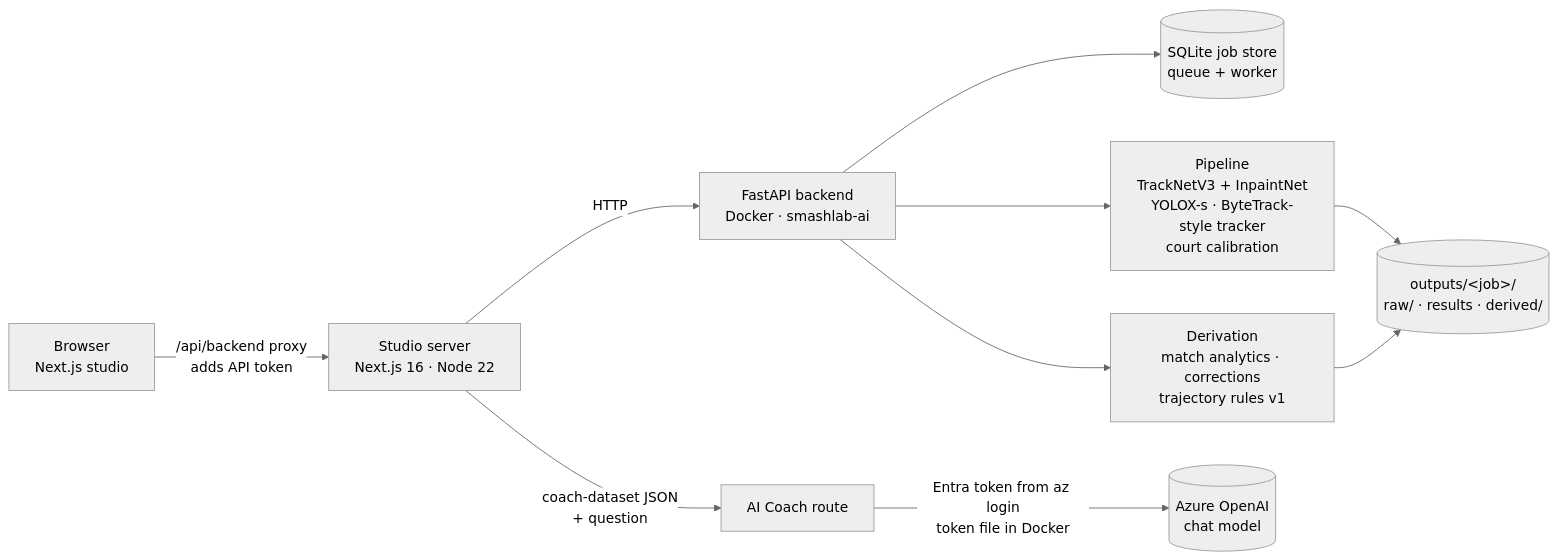
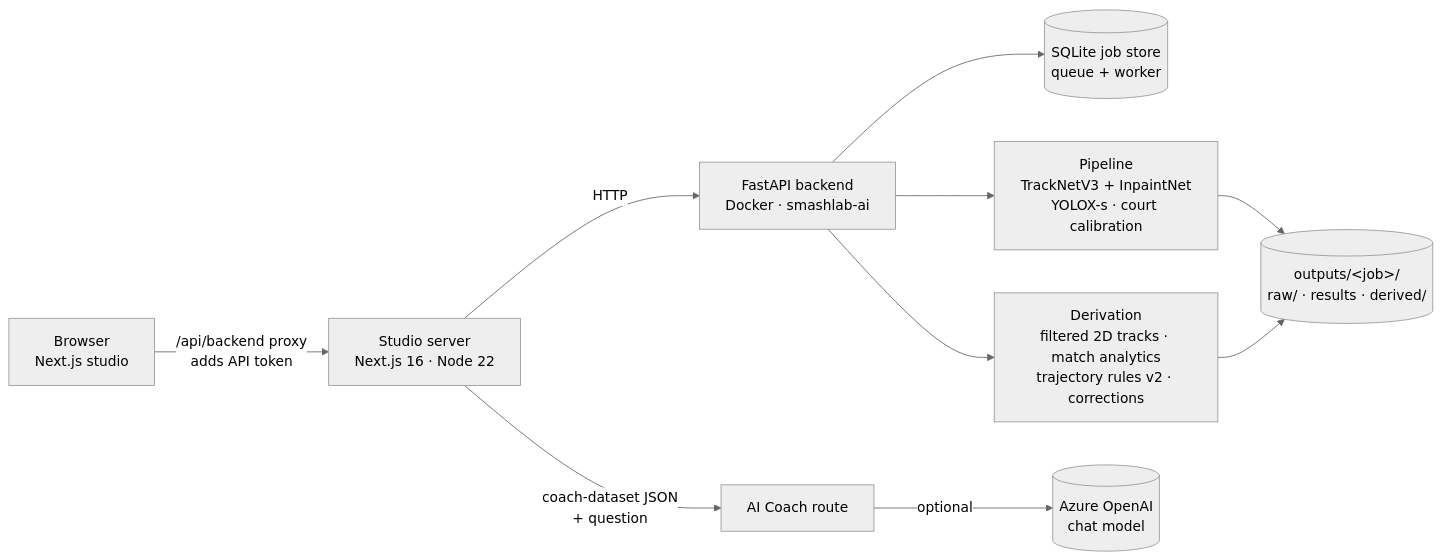
One commit to quocvietphung/badminton-smash-analyzer changed the diagram in README.md. Above: the diagram before and after it, drawn with Mermaid (neutral theme). The commit also changed other lines of this file and 60 other files, not shown here.

````diff
--- a/README.md
+++ b/README.md
@@ -32,12 +32,12 @@
 ```mermaid
 flowchart LR
   B[Browser<br/>Next.js studio] -->|/api/backend proxy<br/>adds API token| S[Studio server<br/>Next.js 16 · Node 22]
   S -->|HTTP| A[FastAPI backend<br/>Docker · smashlab-ai]
   A --> Q[(SQLite job store<br/>queue + worker)]
-  A --> P[Pipeline<br/>TrackNetV3 + InpaintNet<br/>YOLOX-s · ByteTrack-style tracker<br/>court calibration]
+  A --> P[Pipeline<br/>TrackNetV3 + InpaintNet<br/>YOLOX-s · court calibration]
   P --> O[(outputs/&lt;job&gt;/<br/>raw/ · results · derived/)]
-  A --> D[Derivation<br/>match analytics · corrections<br/>trajectory rules v1]
+  A --> D[Derivation<br/>filtered 2D tracks · match analytics<br/>trajectory rules v2 · corrections]
   D --> O
   S -->|coach-dataset JSON<br/>+ question| C[AI Coach route]
-  C -->|Entra token from az login<br/>token file in Docker| Z[(Azure OpenAI<br/>chat model)]
+  C -->|optional| Z[(Azure OpenAI<br/>chat model)]
 ```
````
